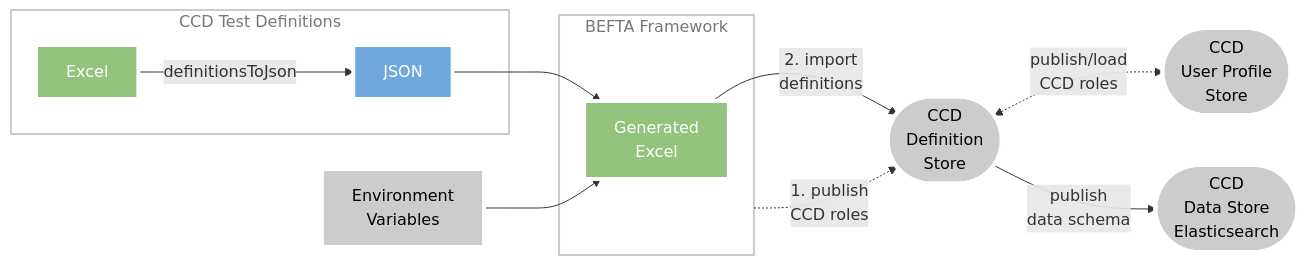
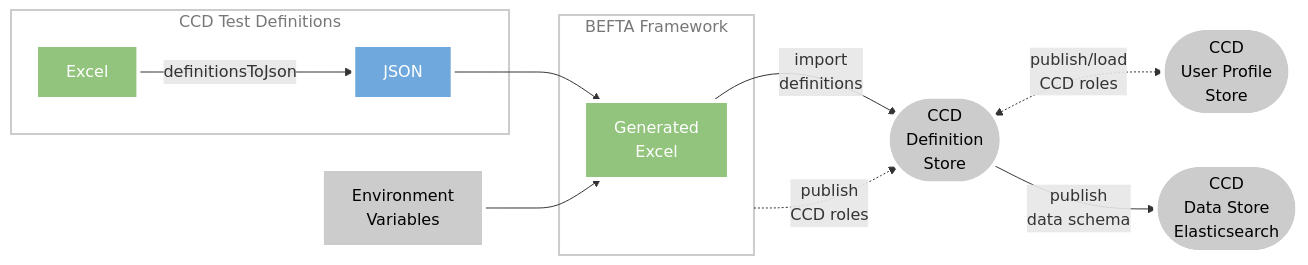
The diagram in README.md (hmcts/ccd-test-definitions), drawn with Mermaid before and after one commit. The commit also changed other lines of this file, not shown here.

Commit message:
Update README
Adjust diagram of BEFTA's definition file generate and import process.

````diff
--- a/README.md
+++ b/README.md
@@ -27,29 +27,29 @@
 ```mermaid
 graph LR
   env-var[Environment<br>Variables];
   def-store([CCD<BR>Definition<BR>Store]);
   user-profile-store([CCD<BR>User Profile<BR>Store]);
   elasticsearch([CCD<BR>Data Store<BR>Elasticsearch]);
   json-->excel-generated;
   env-var-->excel-generated;
-  befta-fw-.->|1. publish<BR>CCD roles|def-store
-  excel-generated-->|2. import<BR>definitions|def-store
+  befta-fw-.->|publish<BR>CCD roles|def-store
+  excel-generated-->|import<BR>definitions|def-store
   def-store<-.->|publish/load<BR>CCD roles|user-profile-store
   def-store-->|publish<BR>data schema|elasticsearch
   subgraph test-definitions[CCD Test Definitions]
     excel[Excel];
     json[JSON];
     excel-->|definitionsToJson|json;
   end
   subgraph befta-fw[BEFTA Framework]
     excel-generated[Generated<br>Excel];
   end
   classDef plain fill:#ccc,stroke:#fff,stroke-width:4px,color:#000;
   classDef excel fill:#93c47d,stroke:#fff,stroke-width:4px,color:#fff;
   classDef json fill:#6fa8dc,stroke:#fff,stroke-width:4px,color:#fff;
   classDef library fill:#fff,stroke:#ccc,stroke-width:2px,color:#777;
   class def-store,user-profile-store,elasticsearch,env-var plain;
   class excel,excel-generated excel;
   class json json;
   class test-definitions,functional-test,befta-fw library;
 ```
````
